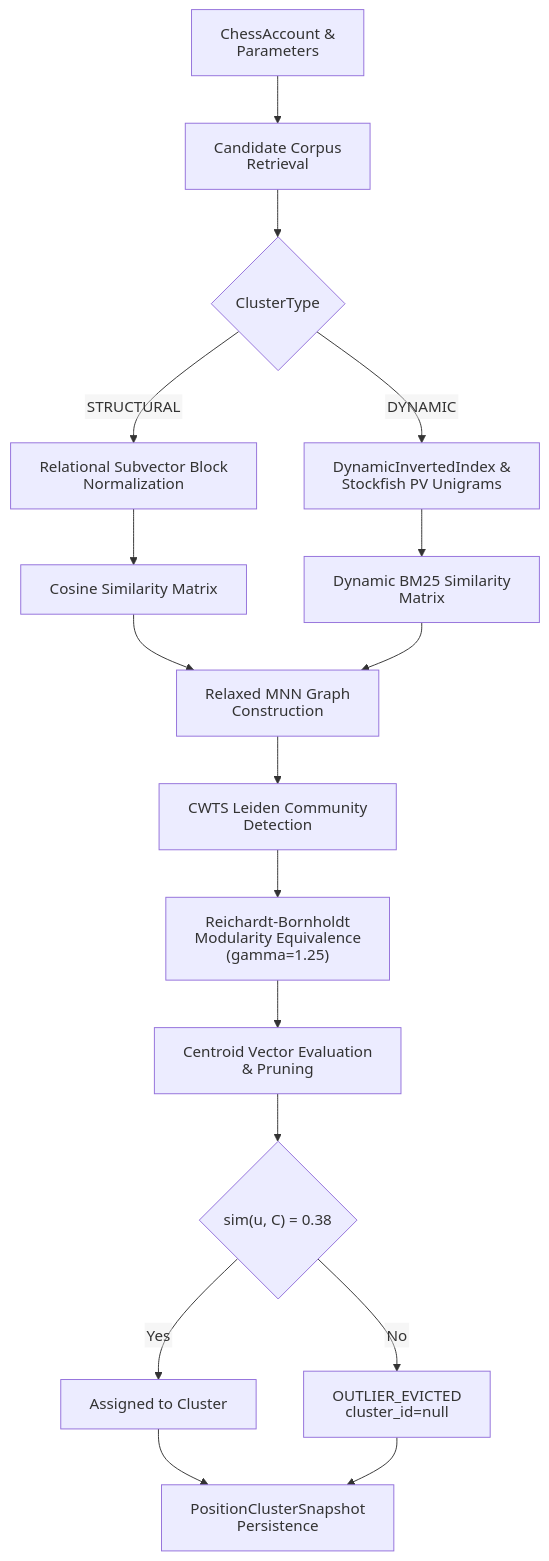
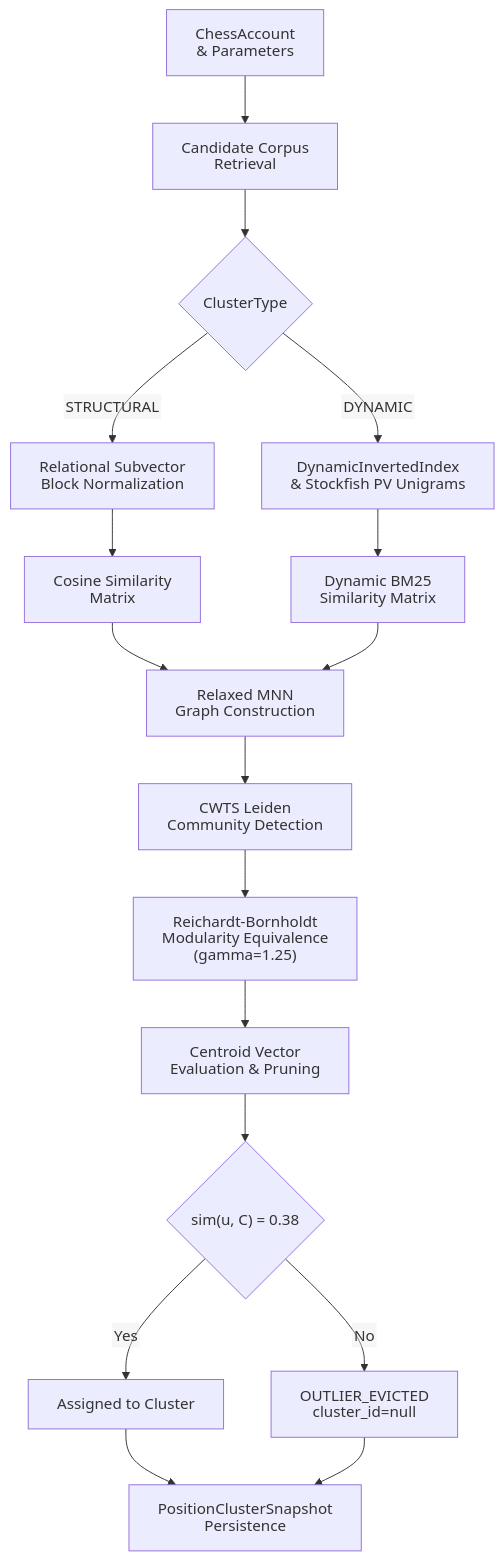
Before and after one commit to NathanZK/ChessEcho: the first of 3 diagrams in docs/architecture/position-clustering.md, drawn with Mermaid. The commit also changed 13 other files, not shown here.

Commit message:
docs(architecture): reconcile ChessProbe documentation architecture, system topology, API contract, and testing specifications (#785)

````diff
--- a/docs/architecture/position-clustering.md
+++ b/docs/architecture/position-clustering.md
@@ -15,26 +15,26 @@
 ```mermaid
 %%{init: {"htmlLabels": false, "flowchart": {"htmlLabels": false}}}%%
 flowchart TD
-    Account[ChessAccount & Parameters] --> CandidateRetrieval[Candidate Corpus Retrieval]
+    Account["ChessAccount<br/>& Parameters"] --> CandidateRetrieval["Candidate Corpus<br/>Retrieval"]
     CandidateRetrieval --> PipelineChoice{ClusterType}
     
-    PipelineChoice -->|STRUCTURAL| Subvectors[Relational Subvector Block Normalization]
-    Subvectors --> Cosine[Cosine Similarity Matrix]
+    PipelineChoice -->|STRUCTURAL| Subvectors["Relational Subvector<br/>Block Normalization"]
+    Subvectors --> Cosine["Cosine Similarity<br/>Matrix"]
     
-    PipelineChoice -->|DYNAMIC| DynamicIndex[DynamicInvertedIndex & Stockfish PV Unigrams]
-    DynamicIndex --> DynamicScoring[Dynamic BM25 Similarity Matrix]
+    PipelineChoice -->|DYNAMIC| DynamicIndex["DynamicInvertedIndex<br/>& Stockfish PV Unigrams"]
+    DynamicIndex --> DynamicScoring["Dynamic BM25<br/>Similarity Matrix"]
     
-    Cosine --> MNN[Relaxed MNN Graph Construction]
+    Cosine --> MNN["Relaxed MNN<br/>Graph Construction"]
     DynamicScoring --> MNN
     
-    MNN --> Leiden[CWTS Leiden Community Detection]
-    Leiden --> Modularity["Reichardt-Bornholdt Modularity Equivalence (gamma=1.25)"]
-    Modularity --> Centroid[Centroid Vector Evaluation & Pruning]
+    MNN --> Leiden["CWTS Leiden<br/>Community Detection"]
+    Leiden --> Modularity["Reichardt-Bornholdt<br/>Modularity Equivalence<br/>(gamma=1.25)"]
+    Modularity --> Centroid["Centroid Vector<br/>Evaluation & Pruning"]
     Centroid --> Eviction{"sim(u, C) >= 0.38"}
     
     Eviction -->|Yes| ClusterAssignment[Assigned to Cluster]
-    Eviction -->|No| OutlierEviction[OUTLIER_EVICTED cluster_id=null]
+    Eviction -->|No| OutlierEviction["OUTLIER_EVICTED<br/>cluster_id=null"]
     
-    ClusterAssignment --> Snapshot[PositionClusterSnapshot Persistence]
+    ClusterAssignment --> Snapshot["PositionClusterSnapshot<br/>Persistence"]
     OutlierEviction --> Snapshot
 ```
````
